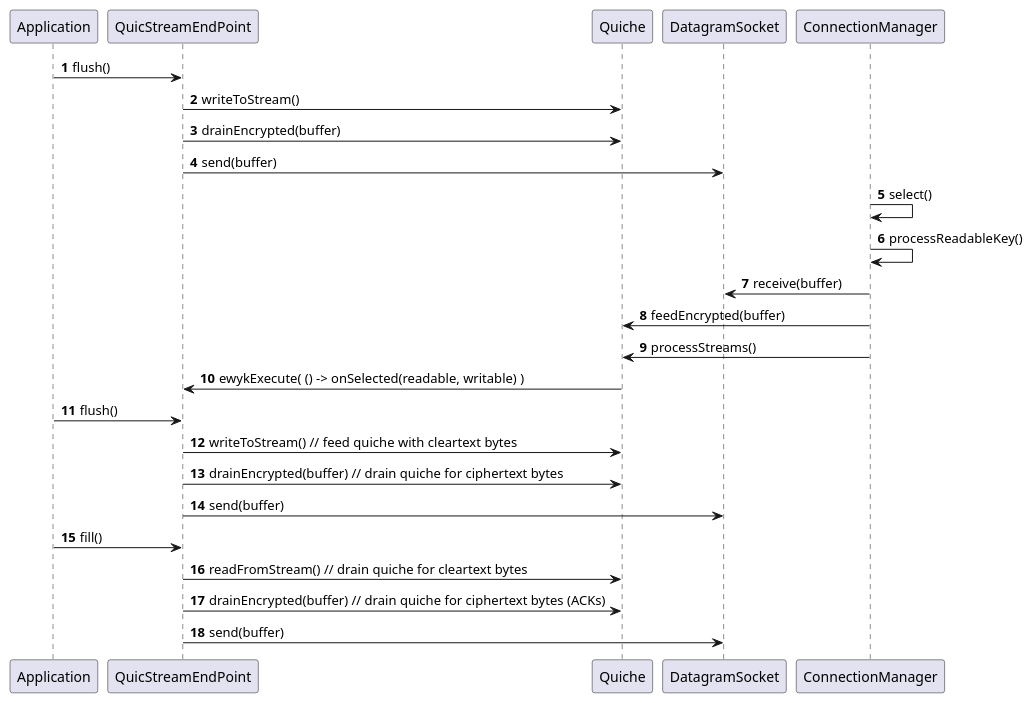
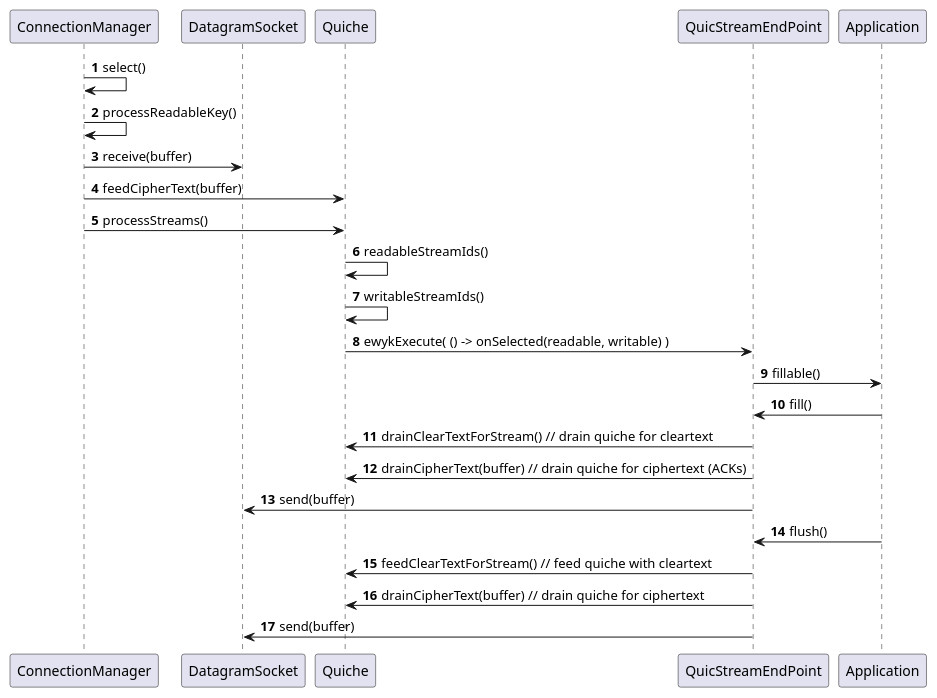
One commit to tet-lenovo/jetty.project changed the diagram in jetty-http3/http3-common/src/main/java/org/eclipse/jetty/http3/common/quic-sequence.puml. Above: the diagram before and after it, drawn with PlantUML. The commit also changed 7 other files, not shown here.

Commit message:
align naming in UML and impl

```diff
--- a/jetty-http3/http3-common/src/main/java/org/eclipse/jetty/http3/common/quic-sequence.puml
+++ b/jetty-http3/http3-common/src/main/java/org/eclipse/jetty/http3/common/quic-sequence.puml
@@ -1,28 +1,25 @@
 @startuml
-'https://plantuml.com/sequence-diagram
 
 autonumber
-
-Application -> QuicStreamEndPoint: flush()
-QuicStreamEndPoint -> Quiche: writeToStream()
-QuicStreamEndPoint -> Quiche: drainEncrypted(buffer)
-QuicStreamEndPoint -> DatagramSocket: send(buffer)
 
 ConnectionManager -> ConnectionManager: select()
 ConnectionManager -> ConnectionManager: processReadableKey()
 ConnectionManager -> DatagramSocket: receive(buffer)
-ConnectionManager -> Quiche: feedEncrypted(buffer)
+ConnectionManager -> Quiche: feedCipherText(buffer)
 ConnectionManager -> Quiche: processStreams()
+Quiche -> Quiche: readableStreamIds()
+Quiche -> Quiche: writableStreamIds()
 Quiche -> QuicStreamEndPoint: ewykExecute( () -> onSelected(readable, writable) )
+QuicStreamEndPoint -> Application: fillable()
+
+Application -> QuicStreamEndPoint: fill()
+QuicStreamEndPoint -> Quiche: drainClearTextForStream() // drain quiche for cleartext
+QuicStreamEndPoint -> Quiche: drainCipherText(buffer) // drain quiche for ciphertext (ACKs)
+QuicStreamEndPoint -> DatagramSocket: send(buffer)
 
 Application -> QuicStreamEndPoint: flush()
-QuicStreamEndPoint -> Quiche: writeToStream() // feed quiche with cleartext bytes
-QuicStreamEndPoint -> Quiche: drainEncrypted(buffer) // drain quiche for ciphertext bytes
-QuicStreamEndPoint -> DatagramSocket: send(buffer)
-
-Application -> QuicStreamEndPoint: fill()
-QuicStreamEndPoint -> Quiche: readFromStream() // drain quiche for cleartext bytes
-QuicStreamEndPoint -> Quiche: drainEncrypted(buffer) // drain quiche for ciphertext bytes (ACKs)
+QuicStreamEndPoint -> Quiche: feedClearTextForStream() // feed quiche with cleartext
+QuicStreamEndPoint -> Quiche: drainCipherText(buffer) // drain quiche for ciphertext
 QuicStreamEndPoint -> DatagramSocket: send(buffer)
 
 @enduml
```
